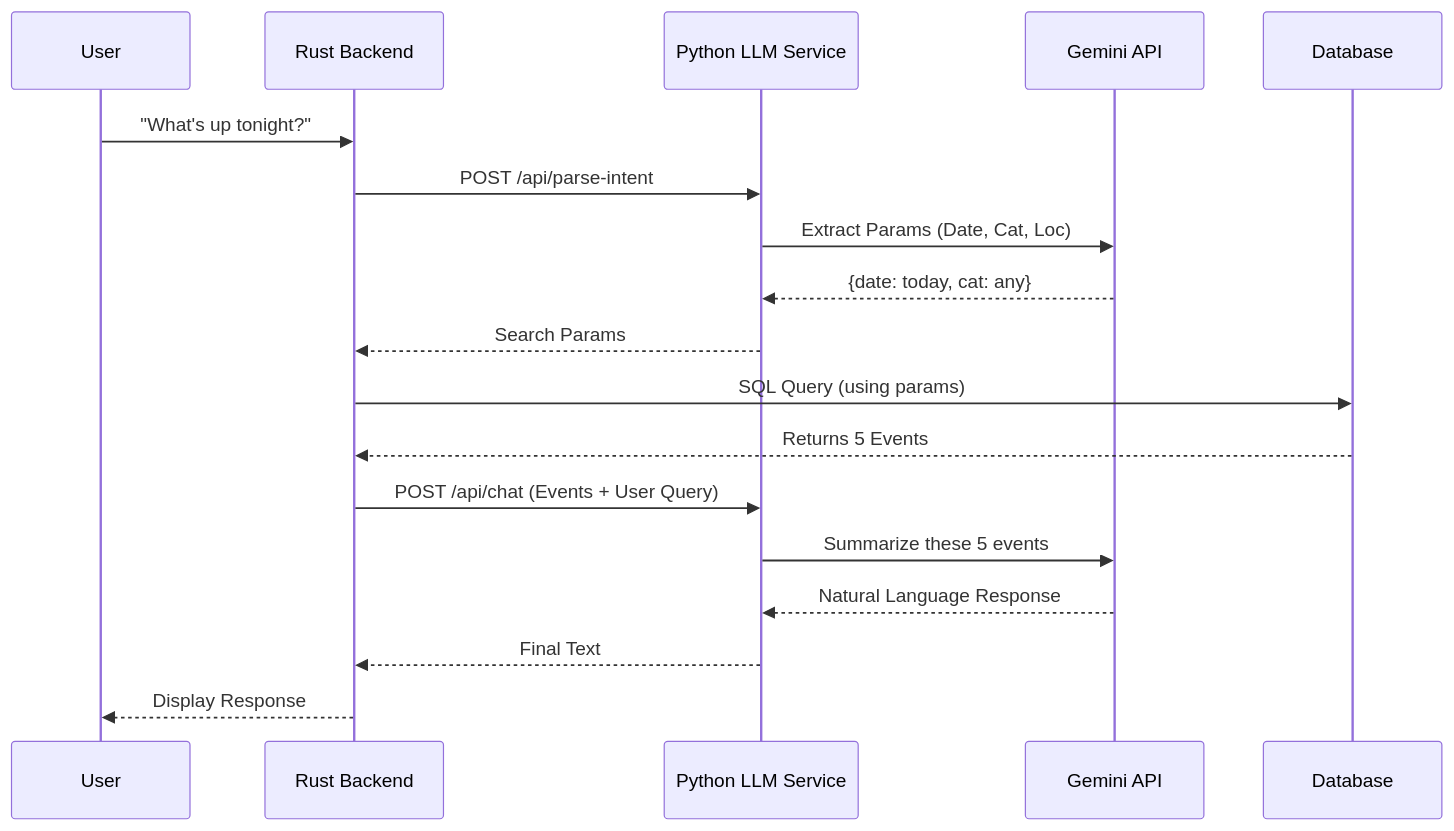
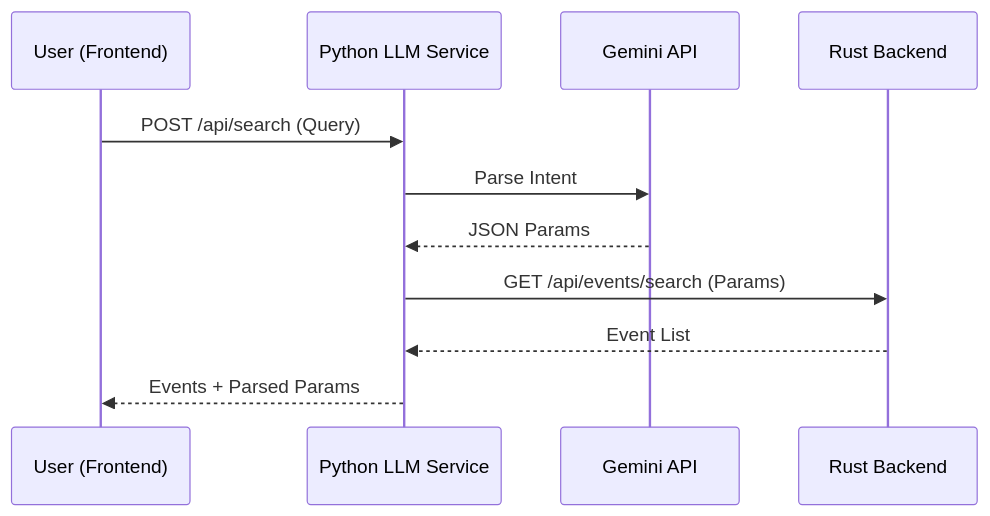
The second of 2 diagrams in docs/Design/AI_Service_Overview.md (locate918/capstone), drawn with Mermaid before and after one commit. The commit also changed other lines of this file and 6 other files, not shown here.

First line of the commit message:
Update AI service documentation and refactor search/chat pipelines

````diff
--- a/docs/Design/AI_Service_Overview.md
+++ b/docs/Design/AI_Service_Overview.md
@@ -63,22 +67,14 @@
 ```mermaid
 sequenceDiagram
-    participant U as User
-    participant R as Rust Backend
+    participant U as User (Frontend)
     participant P as Python LLM Service
     participant G as Gemini API
-    participant D as Database
+    participant R as Rust Backend
 
-    U->>R: "What's up tonight?"
-    R->>P: POST /api/parse-intent
-    P->>G: Extract Params (Date, Cat, Loc)
-    G-->>P: {date: today, cat: any}
-    P-->>R: Search Params
-    R->>D: SQL Query (using params)
-    D-->>R: Returns 5 Events
-    R->>P: POST /api/chat (Events + User Query)
-    P->>G: Summarize these 5 events
-    G-->>P: Natural Language Response
-    P-->>R: Final Text
-    R-->>U: Display Response
-
+    U->>P: POST /api/search (Query)
+    P->>G: Parse Intent
+    G-->>P: JSON Params
+    P->>R: GET /api/events/search (Params)
+    R-->>P: Event List
+    P-->>U: Events + Parsed Params
 ```
````
